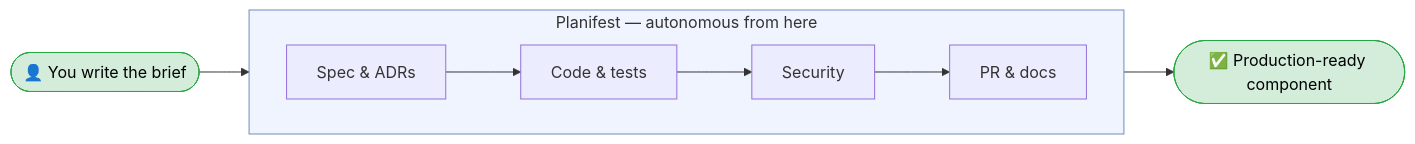
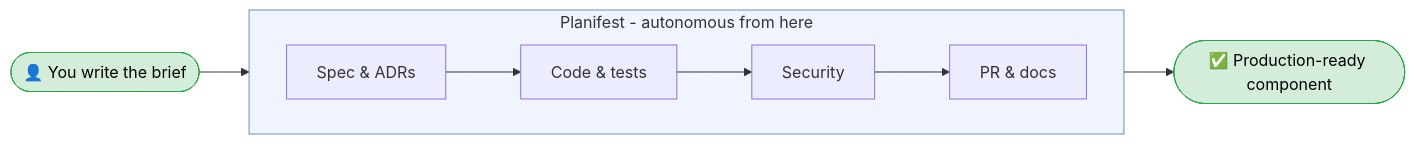
Before and after one commit to planifest/planifest-framework: the first of 2 diagrams in planifest-docs/p002-planifest-product-concept.md, drawn with Mermaid. The commit also changed other lines of this file and 56 other files, not shown here.

````diff
--- a/planifest-docs/p002-planifest-product-concept.md
+++ b/planifest-docs/p002-planifest-product-concept.md
@@ -47,17 +48,17 @@
 ```mermaid
 flowchart LR
     H(["👤 You write the brief"])
 
     H --> S
 
-    subgraph S["Planifest — autonomous from here"]
+    subgraph S["Planifest - autonomous from here"]
         direction LR
         A["Spec & ADRs"] --> B["Code & tests"] --> C["Security"] --> D["PR & docs"]
     end
 
     D --> PR(["✅ Production-ready component"])
 
     style H fill:#d4edda,stroke:#28a745,color:#000
     style PR fill:#d4edda,stroke:#28a745,color:#000
     style S fill:#f0f4ff,stroke:#6c8ebf
 ```
````
